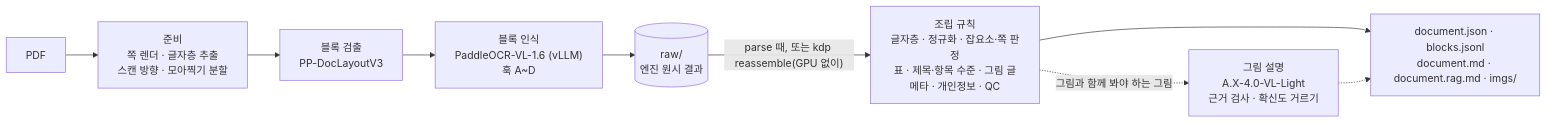
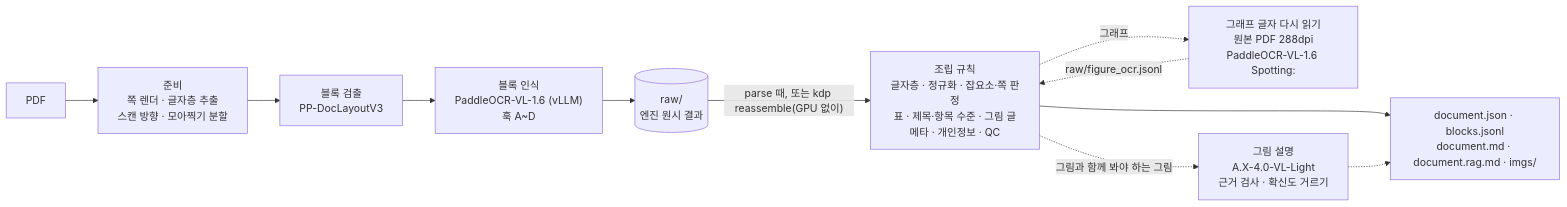
The first of 2 diagrams in README.md (ohdyo/kor_doc_parser), drawn with Mermaid before and after one commit. The commit also changed other lines of this file and 27 other files, not shown here.

````diff
--- a/README.md
+++ b/README.md
@@ -58,11 +58,13 @@
 ```mermaid
 flowchart LR
     pdf["PDF"] --> prep["준비<br/>쪽 렌더 · 글자층 추출<br/>스캔 방향 · 모아찍기 분할"]
     prep --> det["블록 검출<br/>PP-DocLayoutV3"]
     det --> vlm["블록 인식<br/>PaddleOCR-VL-1.6 (vLLM)<br/>훅 A~D"]
     vlm --> raw[("raw/<br/>엔진 원시 결과")]
     raw -->|"parse 때, 또는 kdp reassemble(GPU 없이)"| asm["조립 규칙<br/>글자층 · 정규화 · 잡요소·쪽 판정<br/>표 · 제목·항목 수준 · 그림 글<br/>메타 · 개인정보 · QC"]
     asm --> out["document.json · blocks.jsonl<br/>document.md · document.rag.md · imgs/"]
+    asm -.->|"그래프"| reread["그래프 글자 다시 읽기<br/>원본 PDF 288dpi<br/>PaddleOCR-VL-1.6 Spotting:"]
+    reread -.->|"raw/figure_ocr.jsonl"| asm
     asm -.->|"그림과 함께 봐야 하는 그림"| desc["그림 설명<br/>A.X-4.0-VL-Light<br/>근거 검사 · 확신도 거르기"]
     desc -.-> out
 ```
````
